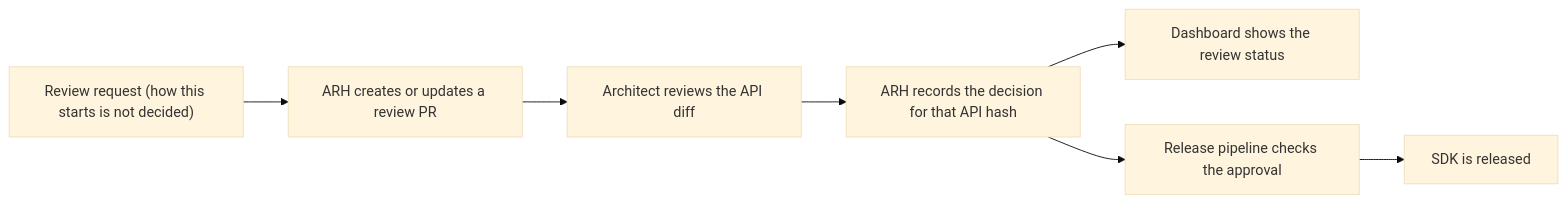
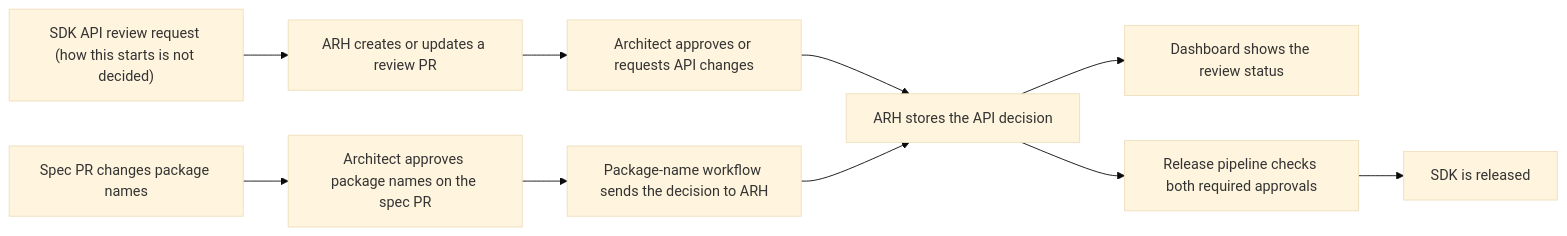
Before and after one commit to danfiedler-msft/azure-sdk-tools: the diagram in tools/azsdk-cli/docs/specs/8-operations-architect-review-workflow.spec.md, drawn with Mermaid (base theme). The commit also changed other lines of this file, not shown here.

First line of the commit message:
Clarify package approval relay to ARH

````diff
--- a/tools/azsdk-cli/docs/specs/8-operations-architect-review-workflow.spec.md
+++ b/tools/azsdk-cli/docs/specs/8-operations-architect-review-workflow.spec.md
@@ -22,10 +34,16 @@
 ```mermaid
 flowchart LR
-    START["Review request (how this starts is not decided)"]
-    START --> ARH["ARH creates or updates a review PR"]
-    ARH --> REVIEW["Architect reviews the API diff"]
-    REVIEW --> RECORD["ARH records the decision for that API hash"]
+    START["SDK API review request (how this starts is not decided)"]
+    START --> REVIEWPR["ARH creates or updates a review PR"]
+    REVIEWPR --> APIREVIEW["Architect approves or requests API changes"]
+    APIREVIEW --> RECORD["ARH stores the API decision"]
+
+    SPECPR["Spec PR changes package names"]
+    SPECPR --> NAMEREVIEW["Architect approves package names on the spec PR"]
+    NAMEREVIEW --> RELAY["Package-name workflow sends the decision to ARH"]
+    RELAY --> RECORD
+
     RECORD --> BOARD["Dashboard shows the review status"]
-    RECORD --> GATE["Release pipeline checks the approval"]
+    RECORD --> GATE["Release pipeline checks both required approvals"]
     GATE --> RELEASE["SDK is released"]
 ```
````
